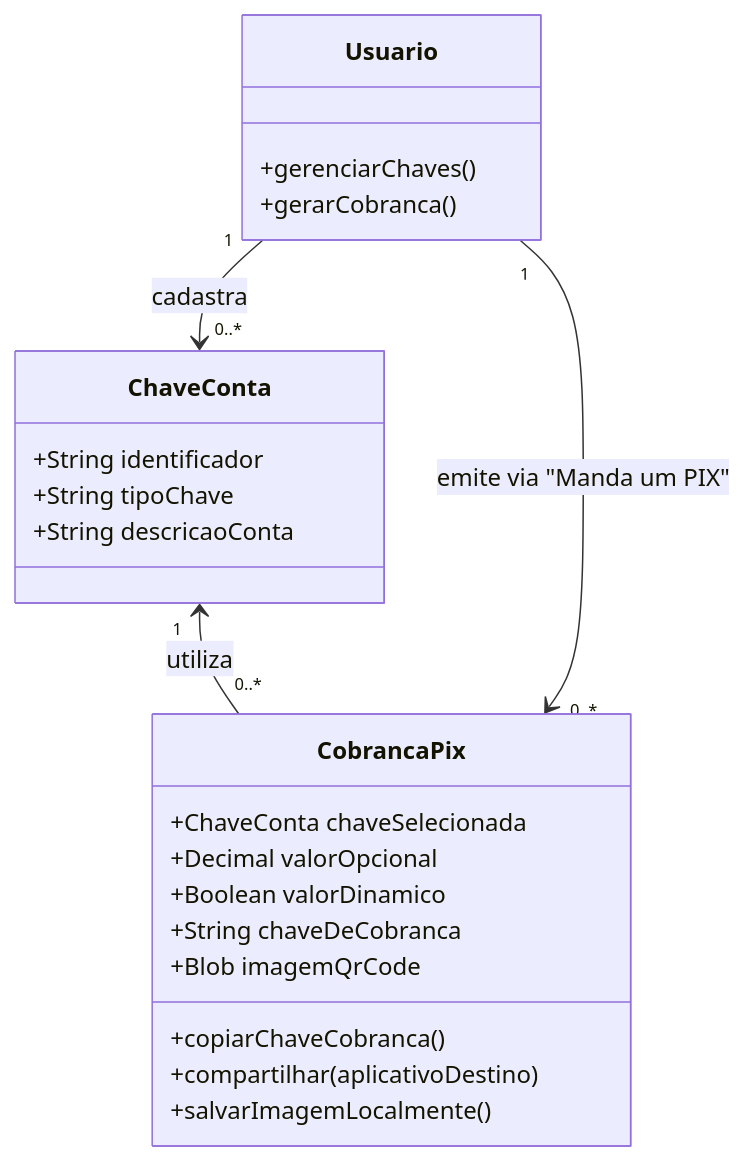
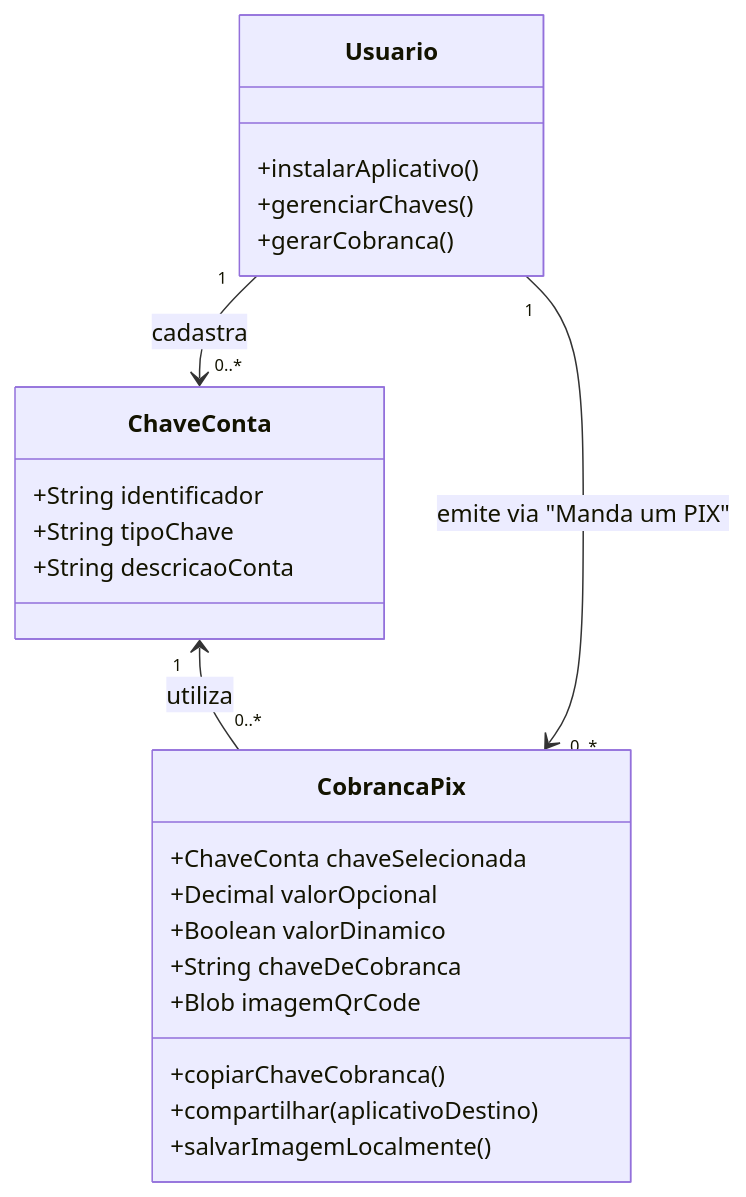
The diagram in docs/business/domain_model.md (luizcanet/mandaumpix.app), drawn with Mermaid before and after one commit. The commit also changed other lines of this file and 10 other files, not shown here.

````diff
--- a/docs/business/domain_model.md
+++ b/docs/business/domain_model.md
@@ -55,28 +61,29 @@
 ```mermaid
 classDiagram
     class Usuario {
+        +instalarAplicativo()
         +gerenciarChaves()
         +gerarCobranca()
     }
 
     class ChaveConta {
         +String identificador
         +String tipoChave
         +String descricaoConta
     }
 
     class CobrancaPix {
         +ChaveConta chaveSelecionada
         +Decimal valorOpcional
         +Boolean valorDinamico
         +String chaveDeCobranca
         +Blob imagemQrCode
         +copiarChaveCobranca()
         +compartilhar(aplicativoDestino)
         +salvarImagemLocalmente()
     }
 
     Usuario "1" --> "0..*" ChaveConta : cadastra
     ChaveConta "1" <-- "0..*" CobrancaPix : utiliza
     Usuario "1" --> "0..*" CobrancaPix : emite via "Manda um PIX"
 ```
````
